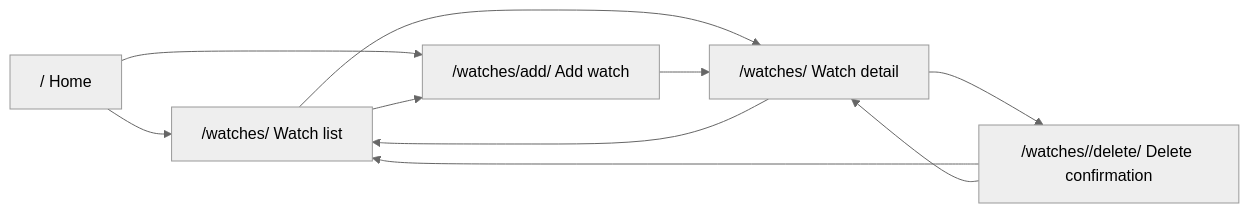
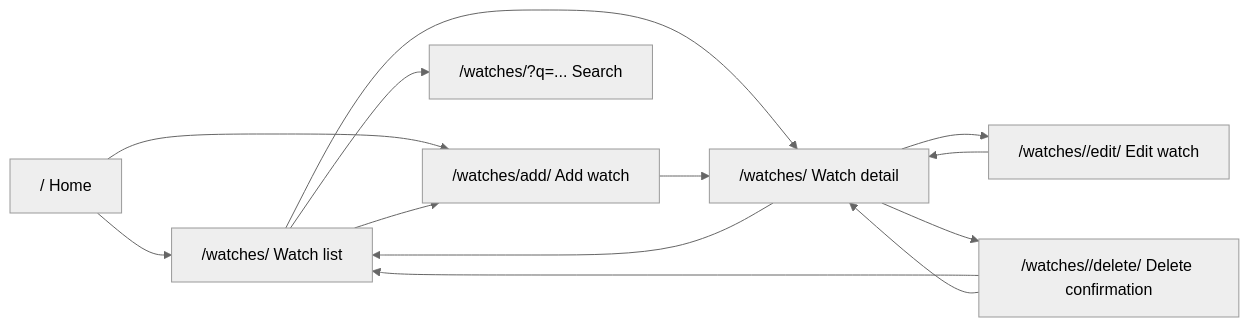
One commit to vsszhang/program-python-course-26 changed the second of 3 diagrams in src/homework_02_Django/README.md. Above: the diagram before and after it, drawn with Mermaid (neutral theme). The commit also changed other lines of this file and 2 other files, not shown here.

````diff
--- a/src/homework_02_Django/README.md
+++ b/src/homework_02_Django/README.md
@@ -60,12 +72,15 @@
 ```mermaid
 flowchart LR
     Home["/ Home"] --> List["/watches/ Watch list"]
     Home --> Add["/watches/add/ Add watch"]
     List --> Detail["/watches/<id> Watch detail"]
+    List --> Search["/watches/?q=... Search"]
     List --> Add
+    Detail --> Edit["/watches/<id>/edit/ Edit watch"]
     Detail --> Delete["/watches/<id>/delete/ Delete confirmation"]
     Detail --> List
     Add --> Detail
+    Edit --> Detail
     Delete --> List
     Delete --> Detail
 ```
````
